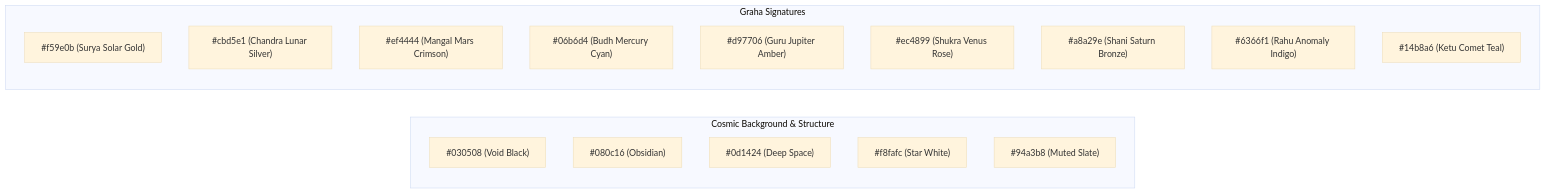
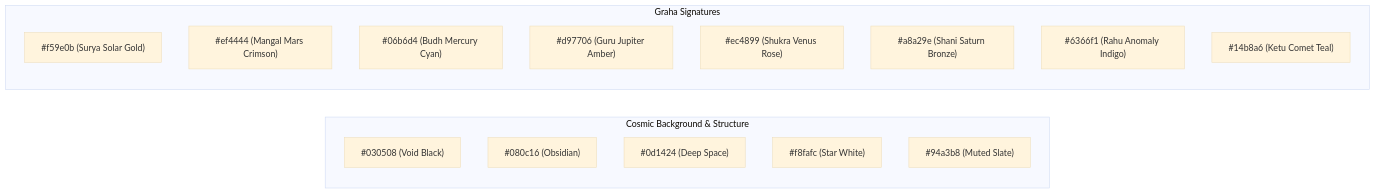
One commit to Rudra130/rudra-portfolio changed the diagram in docs/design/DESIGN_SYSTEM.md. Above: the diagram before and after it, drawn with Mermaid (base theme). The commit also changed other lines of this file and 18 other files, not shown here.

Commit message:
docs: synchronize README, architecture, design, and roadmap with current 8-world Keplerian solar system

````diff
--- a/docs/design/DESIGN_SYSTEM.md
+++ b/docs/design/DESIGN_SYSTEM.md
@@ -23,22 +23,21 @@
 ```mermaid
 graph LR
     subgraph Base_Neutrals [Cosmic Background & Structure]
         VoidBlack["#030508 (Void Black)"]
         CosmicObsidian["#080c16 (Obsidian)"]
         DeepSpace["#0d1424 (Deep Space)"]
         StarlightWhite["#f8fafc (Star White)"]
         MutedStarlight["#94a3b8 (Muted Slate)"]
     end
 
     subgraph Celestial_Accents [Graha Signatures]
         SuryaGold["#f59e0b (Surya Solar Gold)"]
-        ChandraSilver["#cbd5e1 (Chandra Lunar Silver)"]
         MangalCrimson["#ef4444 (Mangal Mars Crimson)"]
         BudhQuicksilver["#06b6d4 (Budh Mercury Cyan)"]
         GuruAmber["#d97706 (Guru Jupiter Amber)"]
         ShukraRose["#ec4899 (Shukra Venus Rose)"]
         ShaniBronze["#a8a29e (Shani Saturn Bronze)"]
         RahuUltraviolet["#6366f1 (Rahu Anomaly Indigo)"]
         KetuTeal["#14b8a6 (Ketu Comet Teal)"]
     end
 ```
````
